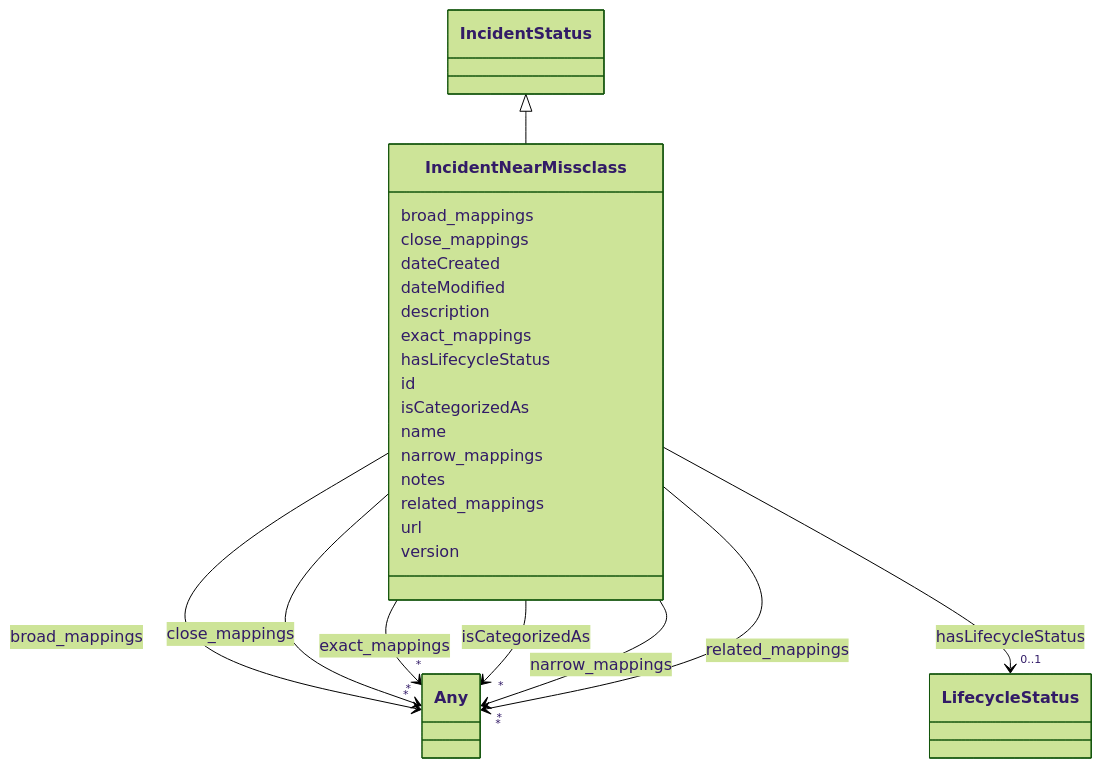
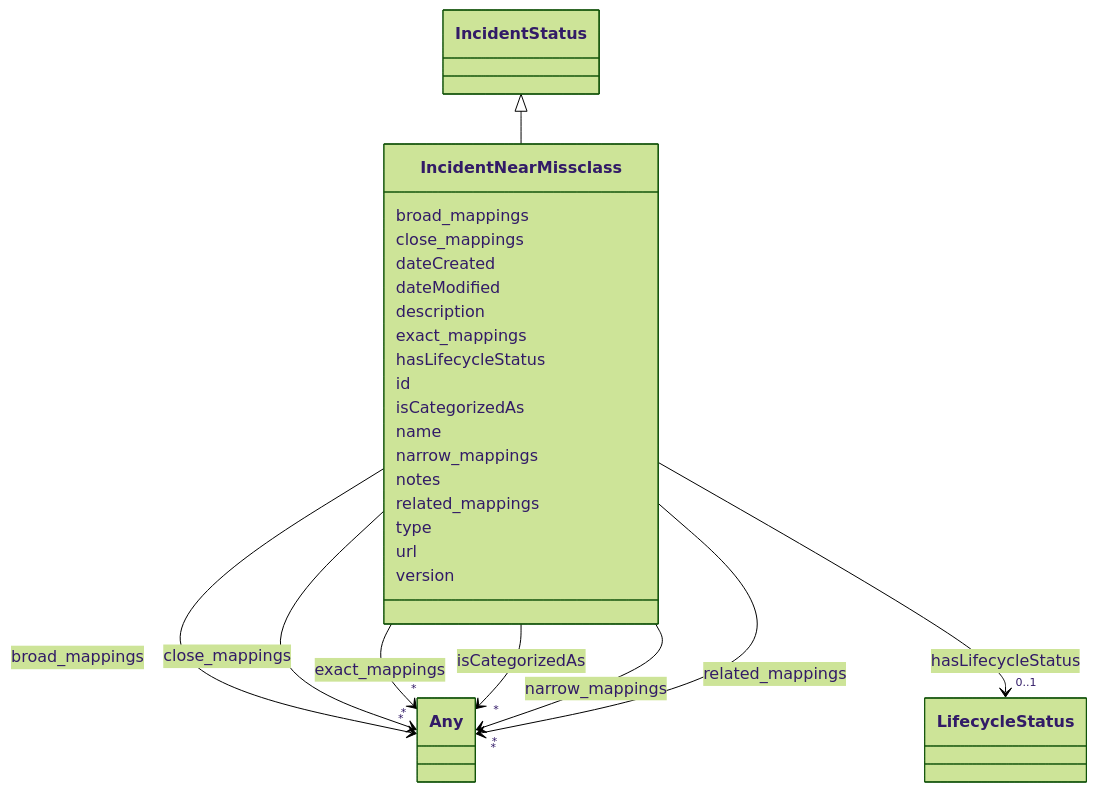
One commit to IBM/ai-atlas-nexus changed the diagram in docs/ontology/IncidentNearMissclass.md. Above: the diagram before and after it, drawn with Mermaid (forest theme). The commit also changed other lines of this file and 151 other files, not shown here.

```diff
--- a/docs/ontology/IncidentNearMissclass.md
+++ b/docs/ontology/IncidentNearMissclass.md
@@ -105,6 +105,8 @@
 
 
 
+      IncidentNearMissclass : type
+
       IncidentNearMissclass : url
 
       IncidentNearMissclass : version
```
